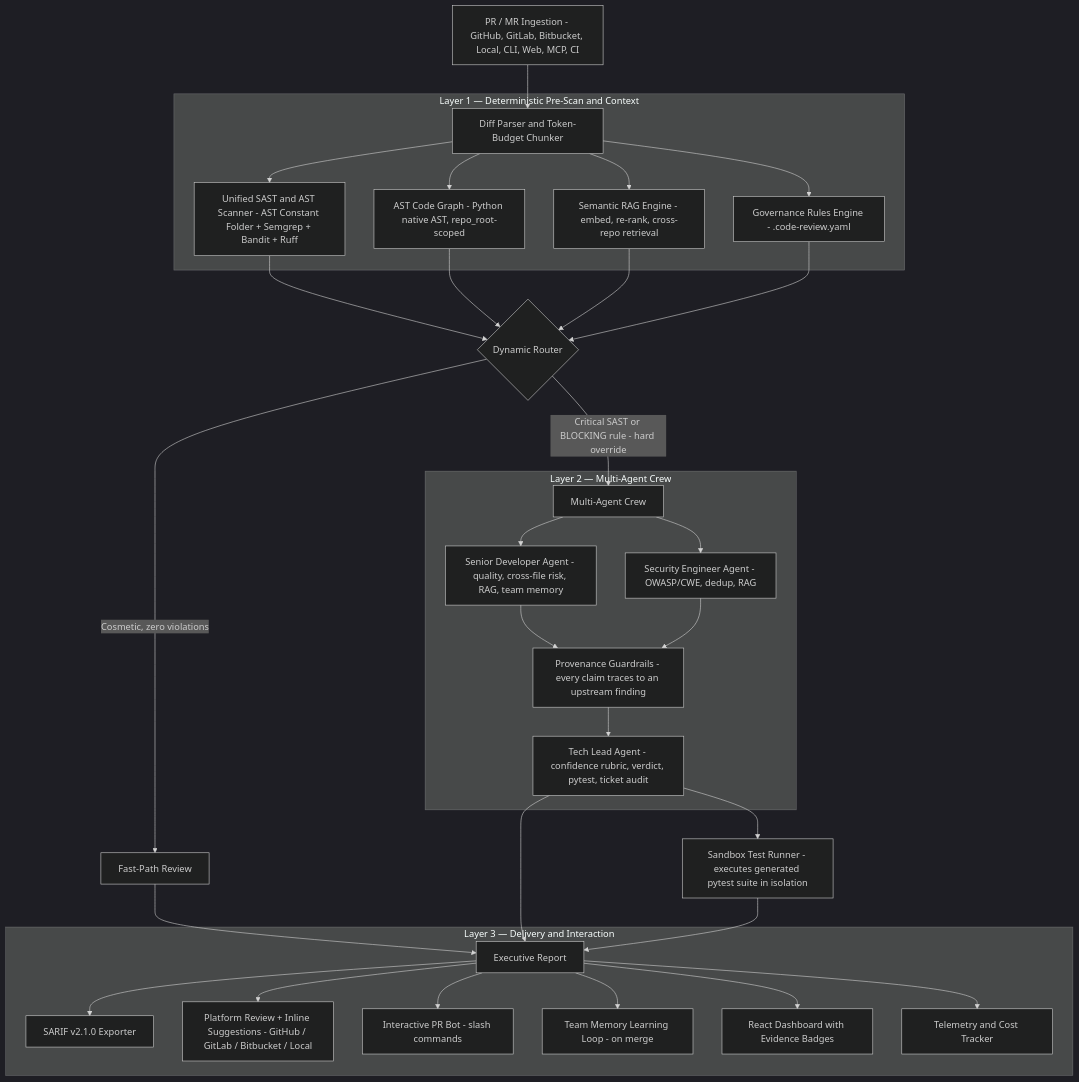
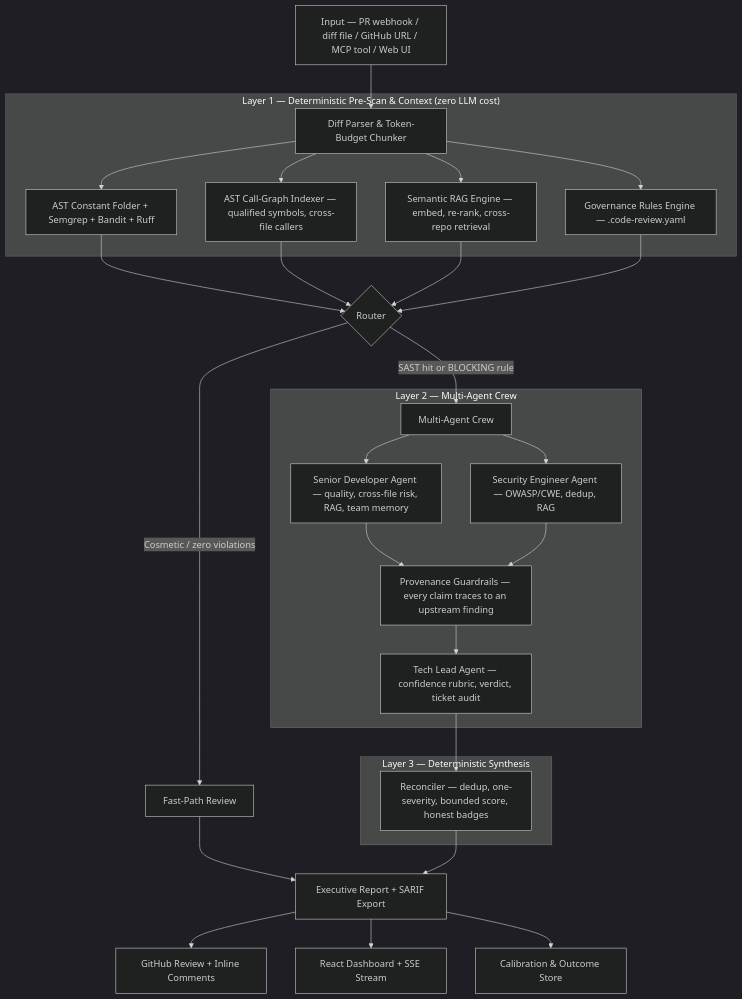
One commit to hamza1713/AI-Code-Review-Agent changed the diagram in README.md. Above: the diagram before and after it, drawn with Mermaid (dark theme). The commit also changed other lines of this file and 1055 other files, not shown here.

First line of the commit message:
feat: release v2.5.0 with production architecture, calibration engine, and evaluation protocol v2

````diff
--- a/README.md
+++ b/README.md
@@ -110,37 +55,31 @@
 ```mermaid
 graph TD
-    A["PR / MR Ingestion - GitHub, GitLab, Bitbucket, Local, CLI, Web, MCP, CI"] --> B[Diff Parser and Token-Budget Chunker]
+    A["Input — PR webhook / diff file / GitHub URL / MCP tool / Web UI"] --> B[Diff Parser & Token-Budget Chunker]
 
-    subgraph Layer1 [Layer 1 — Deterministic Pre-Scan and Context]
-        B --> C["Unified SAST and AST Scanner - AST Constant Folder + Semgrep + Bandit + Ruff"]
-        B --> D["AST Code Graph - Python native AST, repo_root-scoped"]
-        B --> R["Semantic RAG Engine - embed, re-rank, cross-repo retrieval"]
-        B --> E["Governance Rules Engine - .code-review.yaml"]
+    subgraph Layer1 ["Layer 1 — Deterministic Pre-Scan & Context (zero LLM cost)"]
+        B --> C["AST Constant Folder + Semgrep + Bandit + Ruff"]
+        B --> D["AST Call-Graph Indexer — qualified symbols, cross-file callers"]
+        B --> E["Semantic RAG Engine — embed, re-rank, cross-repo retrieval"]
+        B --> F["Governance Rules Engine — .code-review.yaml"]
     end
 
-    C & D & R & E --> F{Dynamic Router}
-    F -->|Cosmetic, zero violations| G[Fast-Path Review]
-    F -->|Critical SAST or BLOCKING rule - hard override| H[Multi-Agent Crew]
+    C & D & E & F --> G{Router}
+    G -->|"Cosmetic / zero violations"| H[Fast-Path Review]
+    G -->|"SAST hit or BLOCKING rule"| I[Multi-Agent Crew]
 
-    subgraph Layer2 [Layer 2 — Multi-Agent Crew]
-        H --> I["Senior Developer Agent - quality, cross-file risk, RAG, team memory"]
-        H --> J["Security Engineer Agent - OWASP/CWE, dedup, RAG"]
-        I --> K["Provenance Guardrails - every claim traces to an upstream finding"]
-        J --> K
-        K --> L["Tech Lead Agent - confidence rubric, verdict, pytest, ticket audit"]
+    subgraph Layer2 ["Layer 2 — Multi-Agent Crew"]
+        I --> J["Senior Developer Agent — quality, cross-file risk, RAG, team memory"]
+        I --> K["Security Engineer Agent — OWASP/CWE, dedup, RAG"]
+        J & K --> L["Provenance Guardrails — every claim traces to an upstream finding"]
+        L --> M["Tech Lead Agent — confidence rubric, verdict, ticket audit"]
     end
 
-    G --> M[Executive Report]
-    L --> M
-    L --> S["Sandbox Test Runner - executes generated pytest suite in isolation"]
-    S --> M
+    subgraph Layer3 ["Layer 3 — Deterministic Synthesis"]
+        M --> N["Reconciler — dedup, one-severity, bounded score, honest badges"]
+    end
 
-    subgraph Layer3 [Layer 3 — Delivery and Interaction]
-        M --> N[SARIF v2.1.0 Exporter]
-        M --> O["Platform Review + Inline Suggestions - GitHub / GitLab / Bitbucket / Local"]
-        M --> BOT["Interactive PR Bot - slash commands"]
-        M --> MEM["Team Memory Learning Loop - on merge"]
-        M --> P[React Dashboard with Evidence Badges]
-        M --> Q[Telemetry and Cost Tracker]
-    end
+    H & N --> O["Executive Report + SARIF Export"]
+    O --> P["GitHub Review + Inline Comments"]
+    O --> Q["React Dashboard + SSE Stream"]
+    O --> R["Calibration & Outcome Store"]
 ```
````
